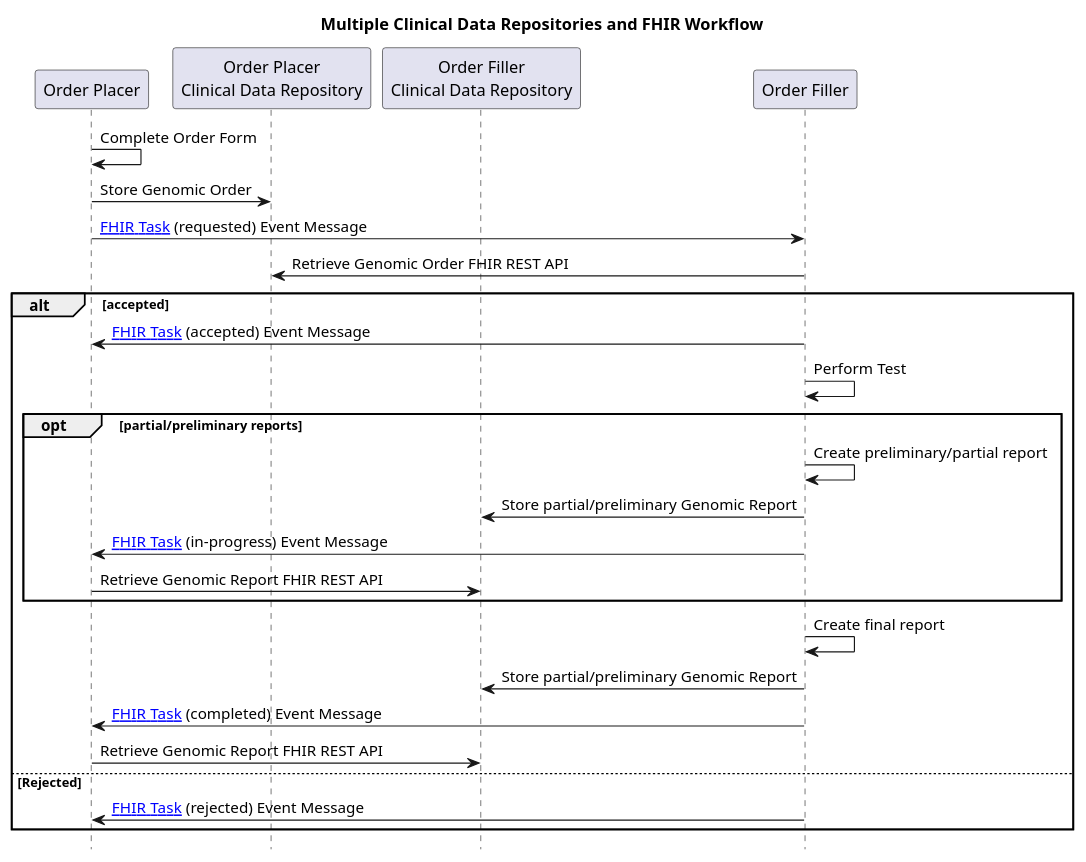
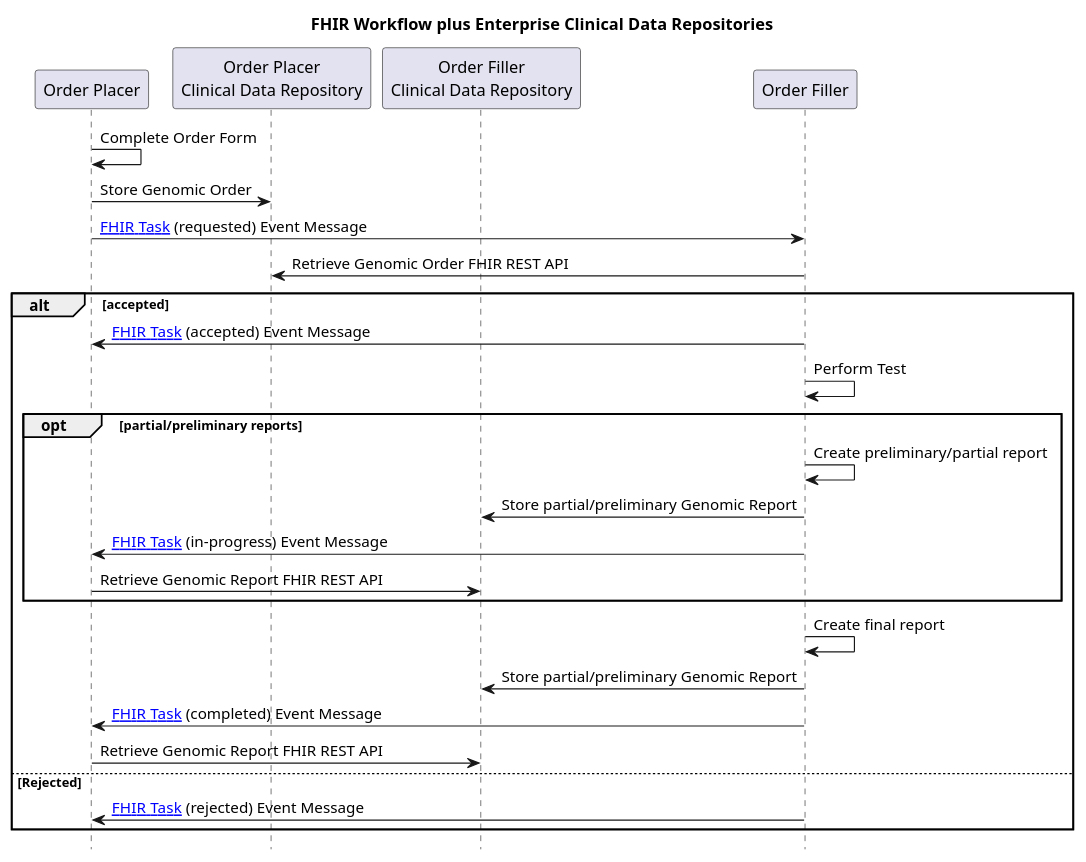
One commit to nw-gmsa/nw-gmsa.github.com changed the diagram in input/images-source/LTW-fhir-sequence.plantuml. Above: the diagram before and after it, drawn with PlantUML. The commit also changed 4 other files, not shown here.

```diff
--- a/input/images-source/LTW-fhir-sequence.plantuml
+++ b/input/images-source/LTW-fhir-sequence.plantuml
@@ -1,40 +1,40 @@
 @startuml
 
 skinparam svgDimensionStyle false
 
-title "Multiple Clinical Data Repositories and FHIR Workflow"
+title "FHIR Workflow plus Enterprise Clinical Data Repositories"
 
 hide footbox
 
 participant "Order Placer" as EPR
 participant "Order Placer\nClinical Data Repository" as CDRO
 participant "Order Filler\nClinical Data Repository" as CDRF
 participant "Order Filler" as LIMS
 
 
 EPR -> EPR: Complete Order Form
 EPR -> CDRO: Store Genomic Order
 EPR -> LIMS: [[StructureDefinition-Task.html FHIR Task]] (requested) Event Message
 LIMS -> CDRO: Retrieve Genomic Order FHIR REST API
 
 alt accepted
 LIMS -> EPR: [[StructureDefinition-Task.html FHIR Task]] (accepted) Event Message
 
 LIMS -> LIMS: Perform Test
 opt partial/preliminary reports
 LIMS -> LIMS: Create preliminary/partial report
 
 LIMS -> CDRF: Store partial/preliminary Genomic Report
 LIMS -> EPR: [[StructureDefinition-Task.html FHIR Task]] (in-progress) Event Message
 EPR -> CDRF: Retrieve Genomic Report FHIR REST API
 end
 LIMS -> LIMS: Create final report
 
 LIMS -> CDRF: Store partial/preliminary Genomic Report
 LIMS -> EPR: [[StructureDefinition-Task.html FHIR Task]] (completed) Event Message
 EPR -> CDRF: Retrieve Genomic Report FHIR REST API
 
 else Rejected
 LIMS -> EPR: [[StructureDefinition-Task.html FHIR Task]] (rejected) Event Message
 end
 @enduml
```
